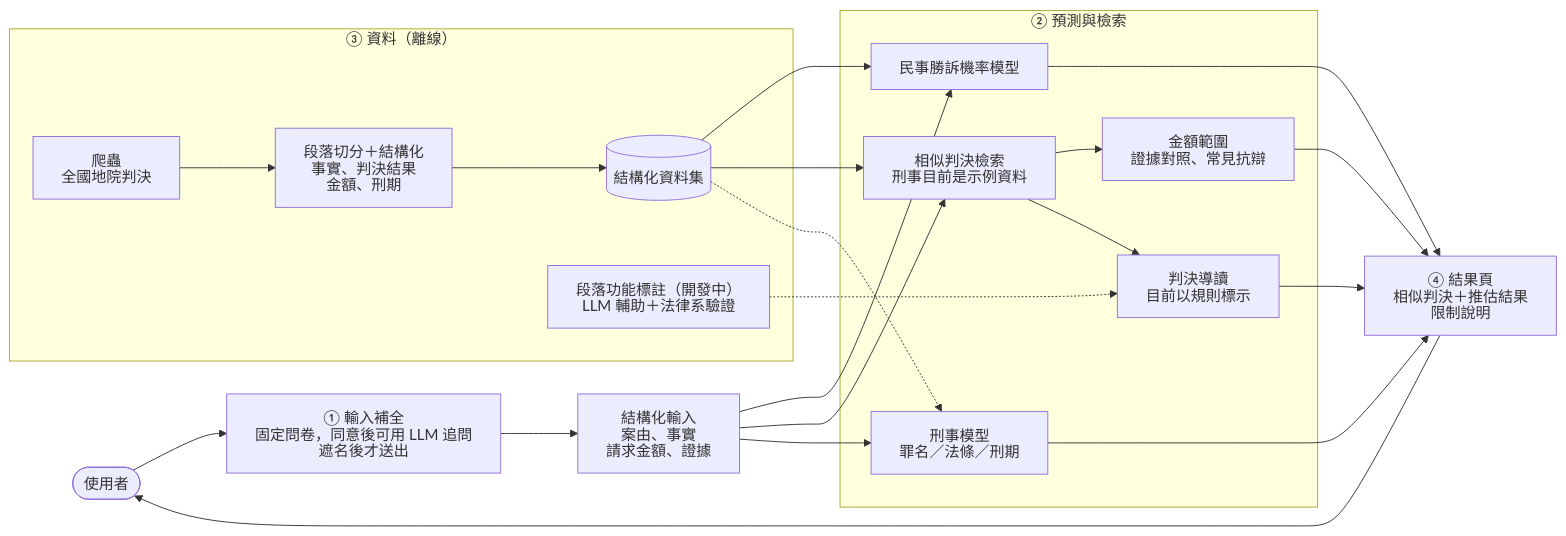
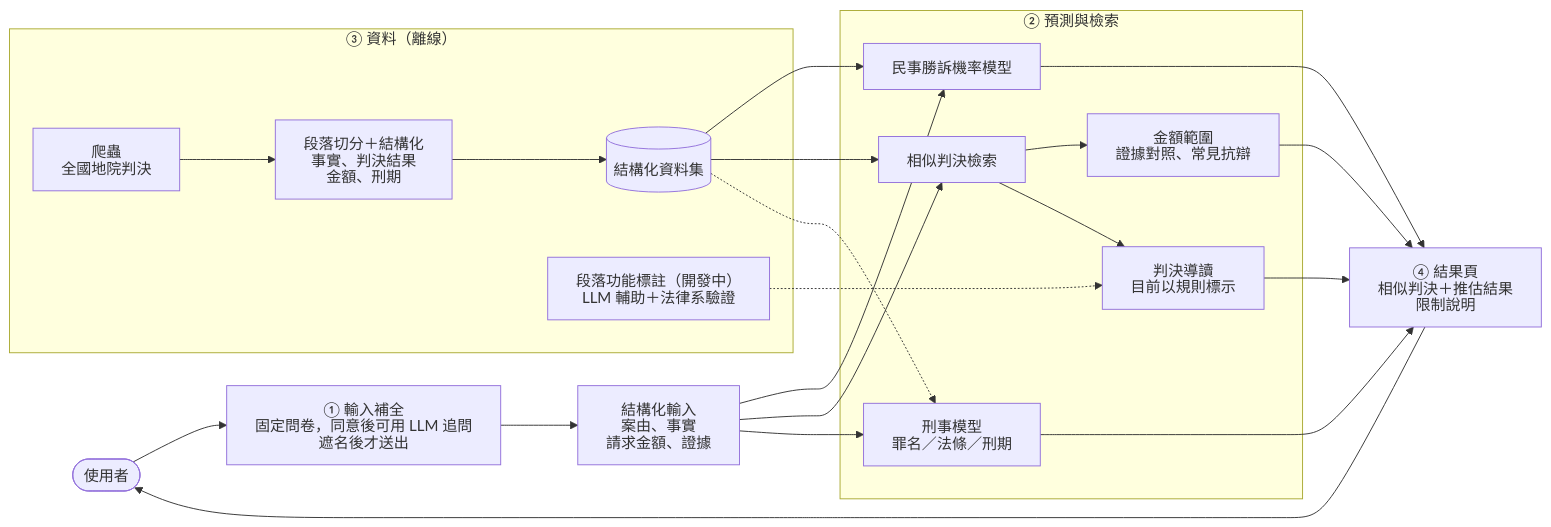
Before and after one commit to yuzuEN/JudgementDigest: the diagram in README.md, drawn with Mermaid. The commit also changed other lines of this file and 11 other files, not shown here.

````diff
--- a/README.md
+++ b/README.md
@@ -27,28 +27,28 @@
 ```mermaid
 %%{init: {"htmlLabels": false, "flowchart": {"htmlLabels": false, "wrappingWidth": 400}}}%%
 flowchart LR
     U([使用者]) --> FE["① 輸入補全<br/>固定問卷，同意後可用 LLM 追問<br/>遮名後才送出"]
     FE --> IN["結構化輸入<br/>案由、事實<br/>請求金額、證據"]
 
     subgraph BE["② 預測與檢索"]
         CIV["民事勝訴機率模型"]
-        RET["相似判決檢索<br/>刑事目前是示例資料"]
+        RET["相似判決檢索"]
         AMT["金額範圍<br/>證據對照、常見抗辯"]
         ANN["判決導讀<br/>目前以規則標示"]
         CRI["刑事模型<br/>罪名／法條／刑期"]
         RET --> AMT & ANN
     end
 
     subgraph DATA["③ 資料（離線）"]
         CR["爬蟲<br/>全國地院判決"] --> ST["段落切分＋結構化<br/>事實、判決結果<br/>金額、刑期"]
         ST --> DS[("結構化資料集")]
         TAG["段落功能標註（開發中）<br/>LLM 輔助＋法律系驗證"]
     end
 
     IN --> CIV & RET & CRI
     DS --> CIV & RET
     DS -.-> CRI
     TAG -.-> ANN
     CIV & AMT & ANN & CRI --> OUT["④ 結果頁<br/>相似判決＋推估結果<br/>限制說明"]
     OUT --> U
 ```
````
